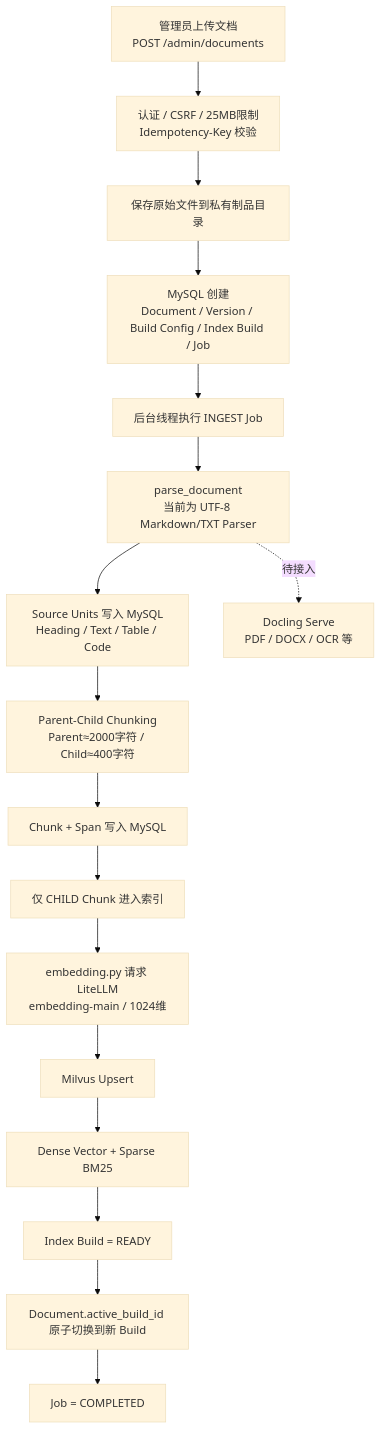
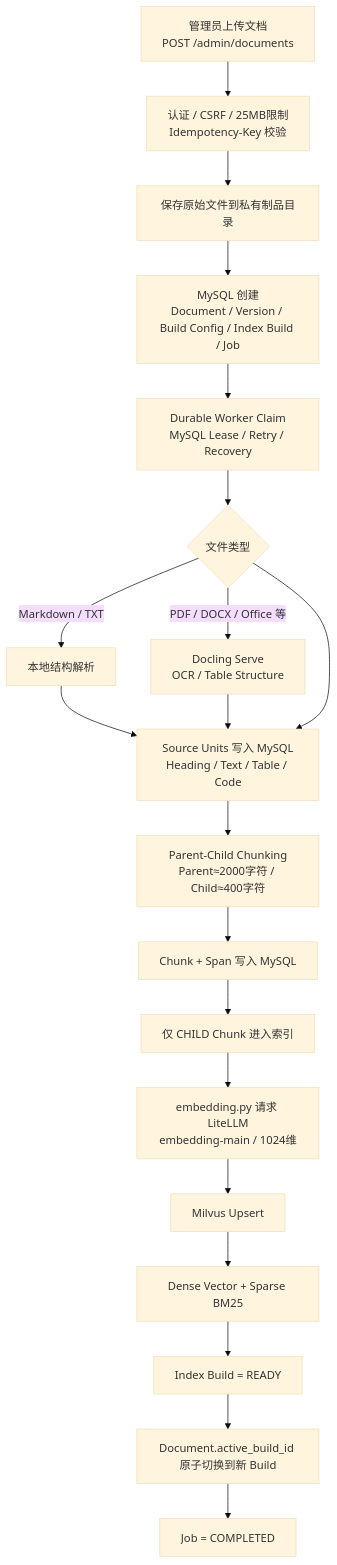
One commit to songsinfo/RAG changed the second of 3 diagrams in README.md. Above: the diagram before and after it, drawn with Mermaid (base theme). The commit also changed other lines of this file and 2 other files, not shown here.

Commit message:
docs: document enterprise RAG pipeline and add CI

````diff
--- a/README.md
+++ b/README.md
@@ -64,20 +65,23 @@
 ```mermaid
 flowchart TD
     A[管理员上传文档<br/>POST /admin/documents] --> B[认证 / CSRF / 25MB限制<br/>Idempotency-Key 校验]
     B --> C[保存原始文件到私有制品目录]
     C --> D[MySQL 创建<br/>Document / Version / Build Config / Index Build / Job]
-    D --> E[后台线程执行 INGEST Job]
-    E --> F[parse_document<br/>当前为 UTF-8 Markdown/TXT Parser]
+    D --> E[Durable Worker Claim<br/>MySQL Lease / Retry / Recovery]
+    E --> F{文件类型}
+    F -->|Markdown / TXT| F1[本地结构解析]
+    F -->|PDF / DOCX / Office 等| F2[Docling Serve<br/>OCR / Table Structure]
+    F1 --> G
+    F2 --> G
     F --> G[Source Units 写入 MySQL<br/>Heading / Text / Table / Code]
     G --> H[Parent-Child Chunking<br/>Parent≈2000字符 / Child≈400字符]
     H --> I[Chunk + Span 写入 MySQL]
     I --> J[仅 CHILD Chunk 进入索引]
     J --> K[embedding.py 请求 LiteLLM<br/>embedding-main / 1024维]
     K --> L[Milvus Upsert]
     L --> M[Dense Vector + Sparse BM25]
     M --> N[Index Build = READY]
     N --> O[Document.active_build_id 原子切换到新 Build]
     O --> P[Job = COMPLETED]
 
-    F -. 待接入 .-> Q[Docling Serve<br/>PDF / DOCX / OCR 等]
 ```
````
